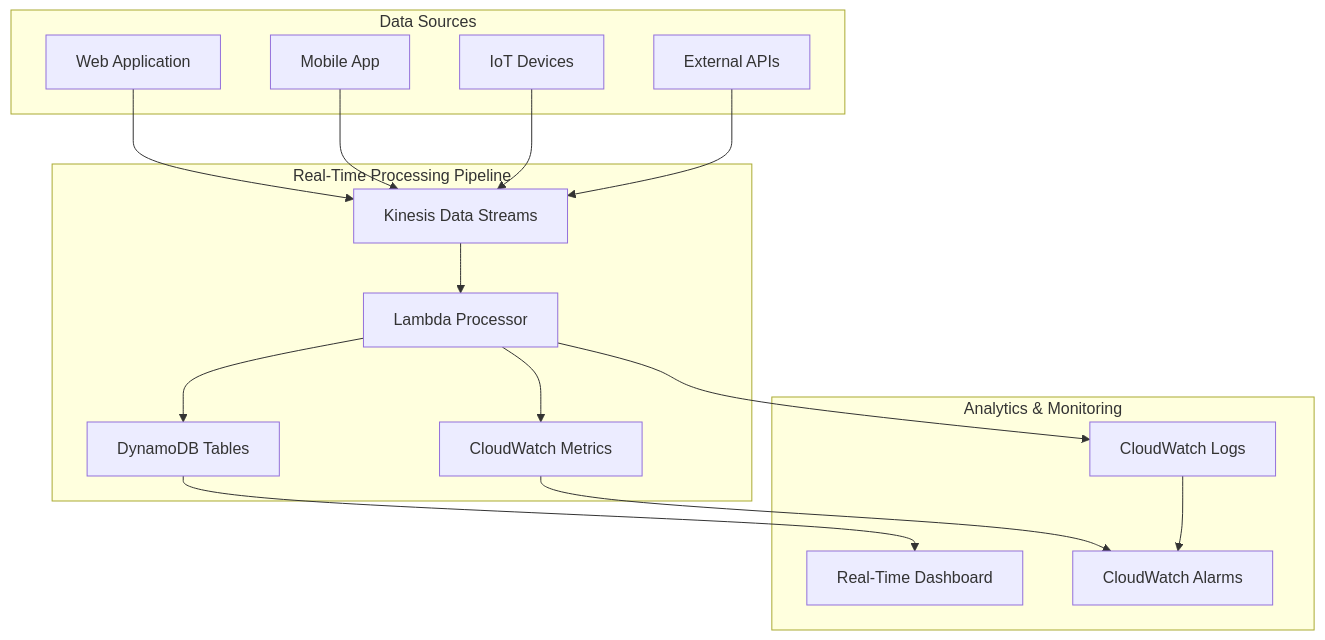
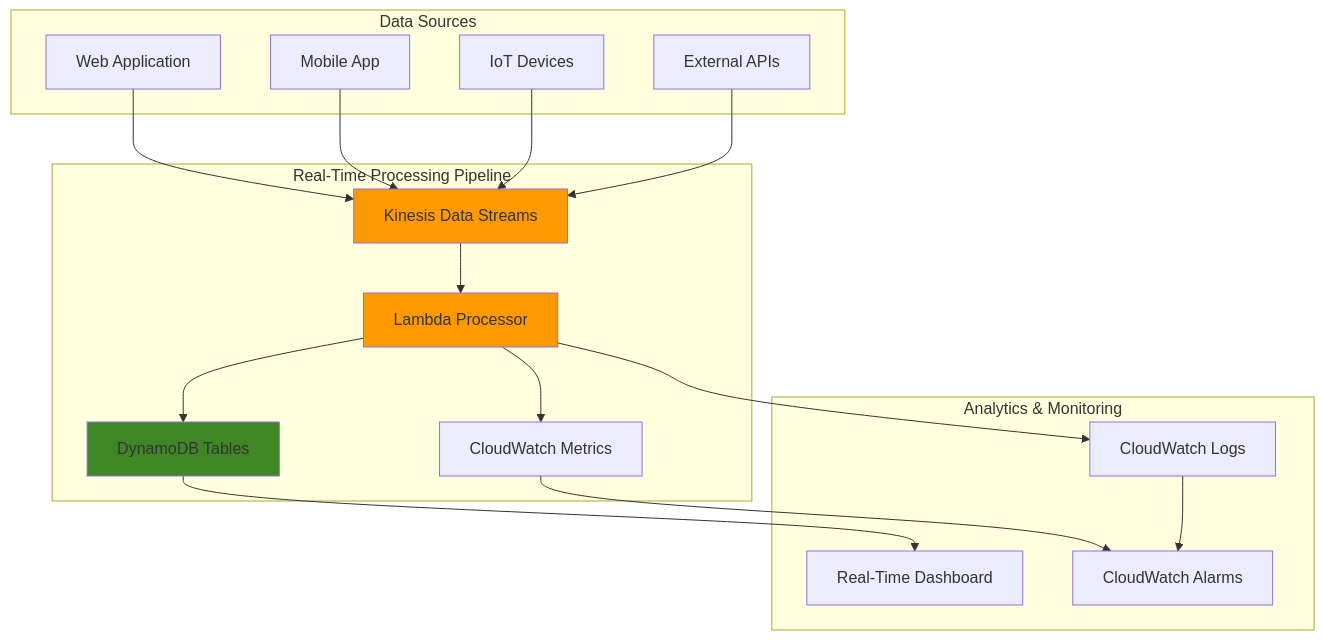
Before and after one commit to mzazon/awesome-cloud-projects: the diagram in aws/streaming-analytics-kinesis-lambda/streaming-analytics-kinesis-lambda.md, drawn with Mermaid. The commit also changed other lines of this file and 5581 other files, not shown here.

````diff
--- a/aws/streaming-analytics-kinesis-lambda/streaming-analytics-kinesis-lambda.md
+++ b/aws/streaming-analytics-kinesis-lambda/streaming-analytics-kinesis-lambda.md
@@ -29,36 +30,40 @@
 ```mermaid
 graph TD
     subgraph "Data Sources"
         APP1["Web Application"]
         APP2["Mobile App"]
         IOT["IoT Devices"]
         API["External APIs"]
     end
     
     subgraph "Real-Time Processing Pipeline"
         KDS["Kinesis Data Streams"]
         LAMBDA["Lambda Processor"]
         DDB["DynamoDB Tables"]
         CW["CloudWatch Metrics"]
     end
     
     subgraph "Analytics & Monitoring"
         DASH["Real-Time Dashboard"]
         ALERT["CloudWatch Alarms"]
         LOGS["CloudWatch Logs"]
     end
     
     APP1 --> KDS
     APP2 --> KDS
     IOT --> KDS
     API --> KDS
     
     KDS --> LAMBDA
     LAMBDA --> DDB
     LAMBDA --> CW
     LAMBDA --> LOGS
     
     DDB --> DASH
     CW --> ALERT
     LOGS --> ALERT
+    
+    style KDS fill:#FF9900
+    style LAMBDA fill:#FF9900
+    style DDB fill:#3F8624
 ```
````
